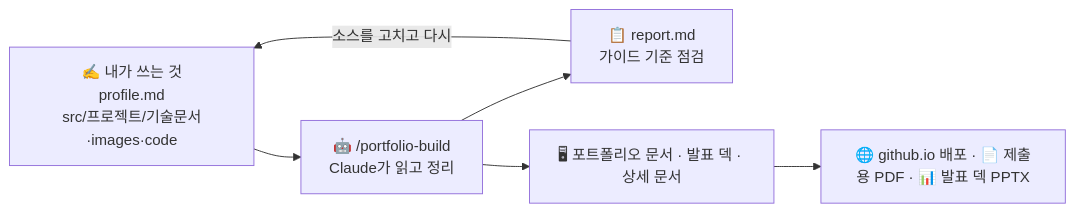
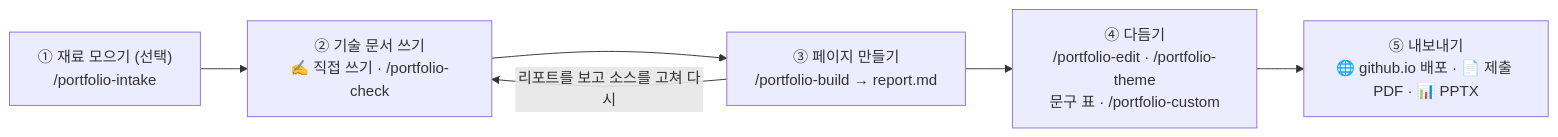
One commit to krr6606/krr6606.github.io changed the diagram in README.md. Above: the diagram before and after it, drawn with Mermaid. The commit also changed other lines of this file, not shown here.

````diff
--- a/README.md
+++ b/README.md
@@ -11,8 +11,8 @@
 ```mermaid
 flowchart LR
-    A["✍ 내가 쓰는 것<br/>profile.md<br/>src/프로젝트/기술문서·images·code"] --> B["🤖 /portfolio-build<br/>Claude가 읽고 정리"]
-    B --> C["📋 report.md<br/>가이드 기준 점검"]
-    B --> D["🖥 포트폴리오 문서 · 발표 덱 · 상세 문서"]
-    C -->|"소스를 고치고 다시"| A
-    D --> E["🌐 github.io 배포 · 📄 제출용 PDF · 📊 발표 덱 PPTX"]
+    A["① 재료 모으기 (선택)<br/>/portfolio-intake"] --> B["② 기술 문서 쓰기<br/>✍ 직접 쓰기 · /portfolio-check"]
+    B --> C["③ 페이지 만들기<br/>/portfolio-build → report.md"]
+    C -->|"리포트를 보고 소스를 고쳐 다시"| B
+    C --> D["④ 다듬기<br/>/portfolio-edit · /portfolio-theme<br/>문구 표 · /portfolio-custom"]
+    D --> E["⑤ 내보내기<br/>🌐 github.io 배포 · 📄 제출 PDF · 📊 PPTX"]
 ```
````
